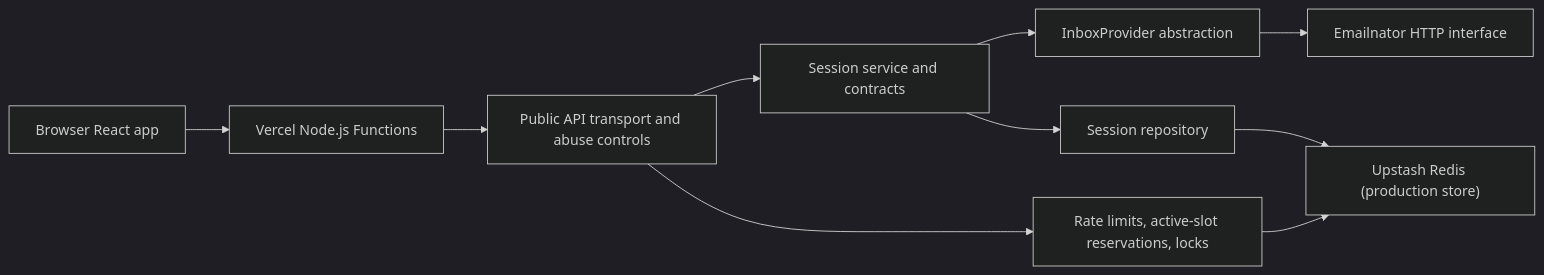
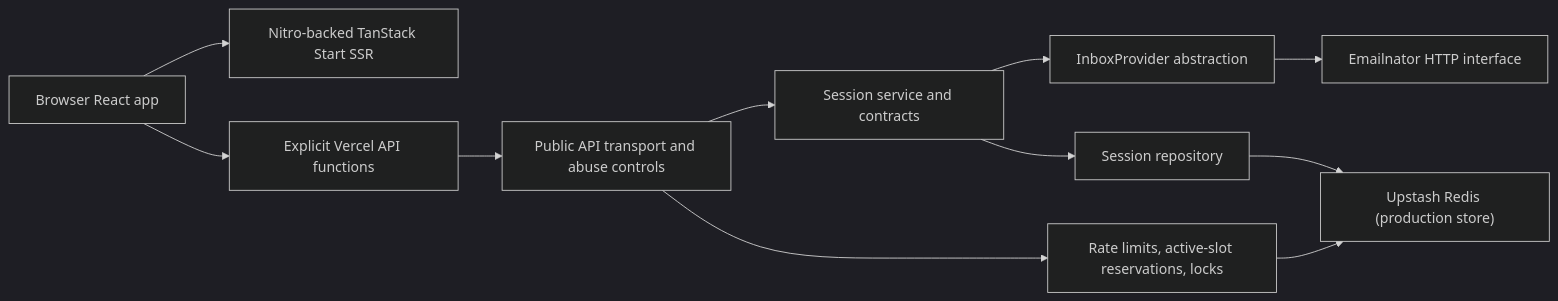
The diagram in email-shadow-panel/docs/specs/002-architecture.md (koldovsky/2026-fwdays-agentic-greenfield-task), drawn with Mermaid (dark theme) before and after one commit. The commit also changed other lines of this file and 8 other files, not shown here.

Commit message:
fix: add Nitro output for Vercel deployment

````diff
--- a/email-shadow-panel/docs/specs/002-architecture.md
+++ b/email-shadow-panel/docs/specs/002-architecture.md
@@ -11,12 +11,13 @@
 ```mermaid
 flowchart LR
-  Browser["Browser React app"] --> API["Vercel Node.js Functions"]
+  Browser["Browser React app"] --> SSR["Nitro-backed TanStack Start SSR"]
+  Browser["Browser React app"] --> API["Explicit Vercel API functions"]
   API --> Transport["Public API transport and abuse controls"]
   Transport --> Domain["Session service and contracts"]
   Domain --> Provider["InboxProvider abstraction"]
   Domain --> Repo["Session repository"]
   Transport --> Limits["Rate limits, active-slot reservations, locks"]
   Provider --> Emailnator["Emailnator HTTP interface"]
   Repo --> Redis["Upstash Redis (production store)"]
   Limits --> Redis
 ```
````
